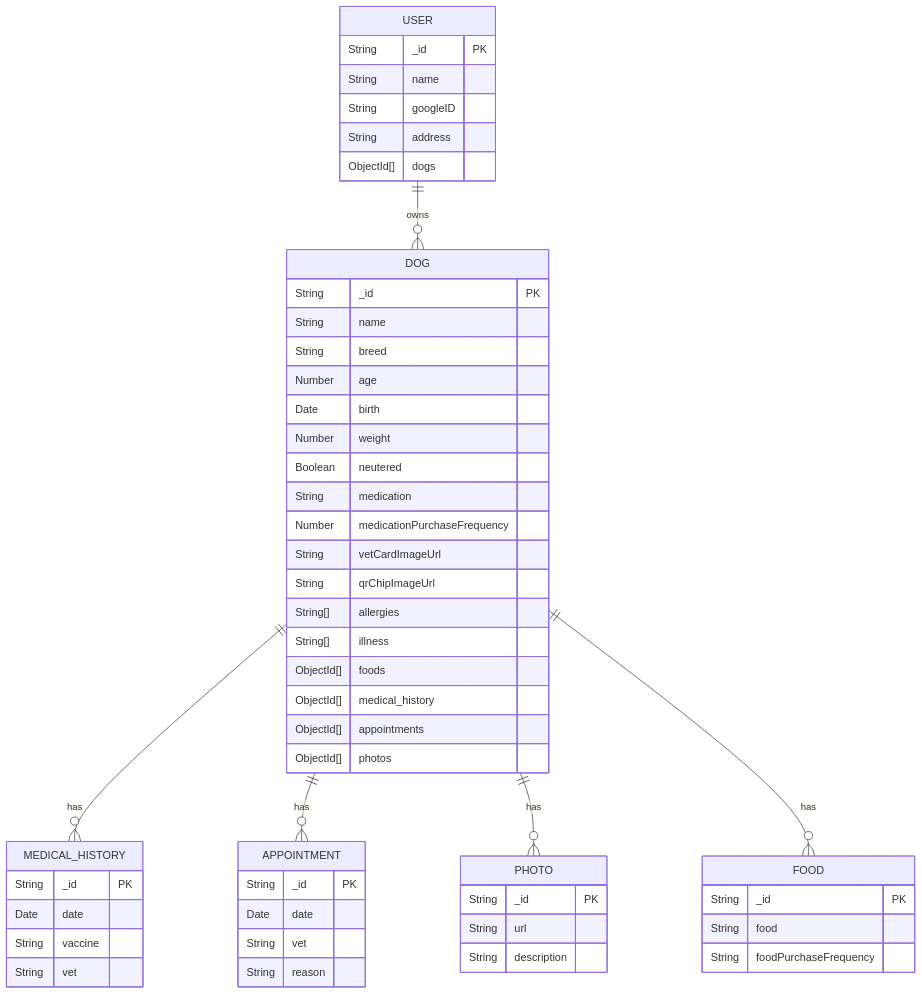
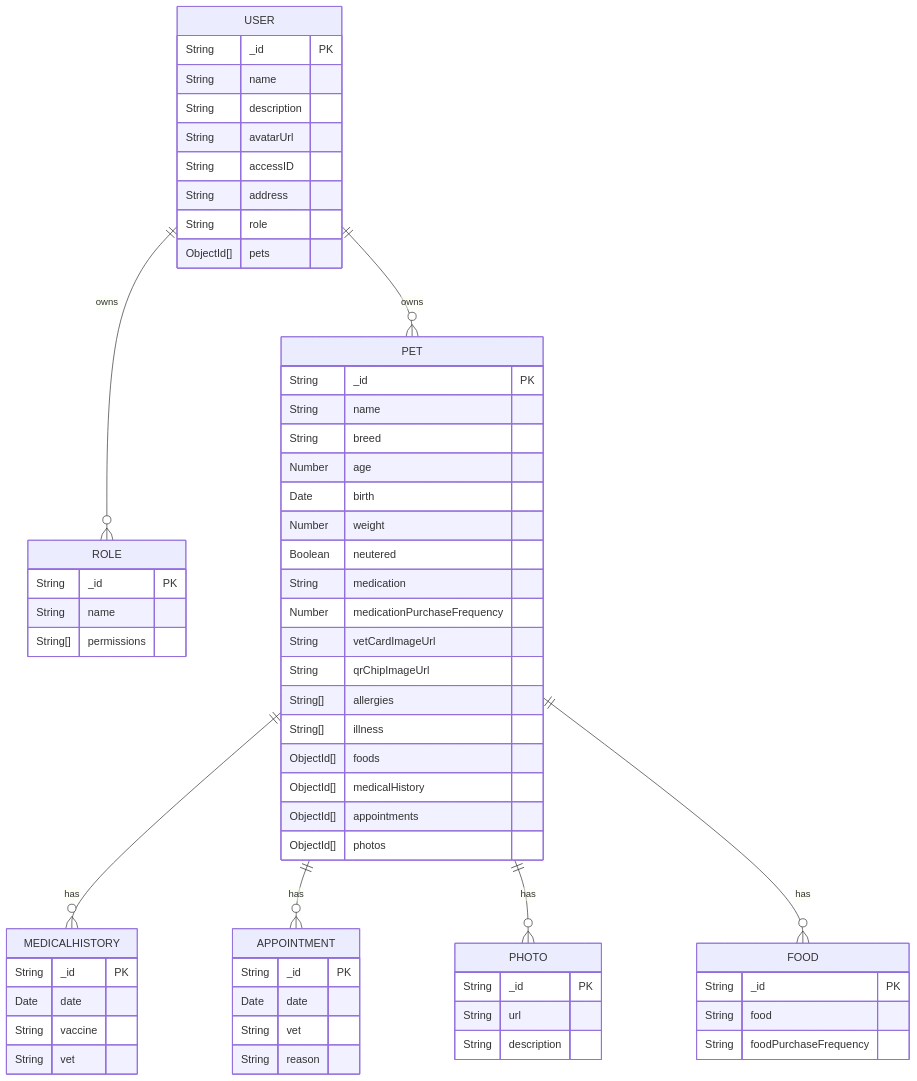
One commit to PetCare-Manager/petcaremanager-backend changed the diagram in doc/database-model.md. Above: the diagram before and after it, drawn with Mermaid.

Commit message:
issues resolved for PR :  - added to user avatarURL, description, and role  - created entity ROLE and changed some names like DOG to PET

````diff
--- a/doc/database-model.md
+++ b/doc/database-model.md
@@ -4,57 +4,68 @@
 ```mermaid
 erDiagram
     USER {
         String _id PK
         String name
-        String googleID
+        String description
+        String avatarUrl
+        String accessID
         String address
-        ObjectId[] dogs
+        String role
+        ObjectId[] pets
     }
-    DOG {
+    ROLE {
+        String _id PK
+        String name
+        String[] permissions
+    }
+
+    PET {
         String _id PK
         String name
         String breed
         Number age
         Date birth
         Number weight
         Boolean neutered
         String medication
         Number medicationPurchaseFrequency
         String vetCardImageUrl
         String qrChipImageUrl
         String[] allergies
         String[] illness
         ObjectId[] foods
-        ObjectId[] medical_history
+        ObjectId[] medicalHistory
         ObjectId[] appointments
         ObjectId[] photos
     }
     
-    MEDICAL_HISTORY {
+    MEDICALHISTORY {
         String _id PK
         Date date
         String vaccine
         String vet
     }
+
     APPOINTMENT {
         String _id PK
         Date date
         String vet
         String reason
     }
     PHOTO {
         String _id PK
         String url
         String description
     }
     FOOD {
         String _id PK
         String food
         String foodPurchaseFrequency
     }
-    USER ||--o{ DOG : owns
-    DOG ||--o{ MEDICAL_HISTORY : has
-    DOG ||--o{ APPOINTMENT : has
-    DOG ||--o{ PHOTO : has
-    DOG ||--o{ FOOD : has
+    USER ||--o{ PET : owns
+    USER ||--o{ ROLE : owns
+    PET ||--o{ MEDICALHISTORY : has
+    PET ||--o{ APPOINTMENT : has
+    PET ||--o{ PHOTO : has
+    PET ||--o{ FOOD : has
 ```
````
